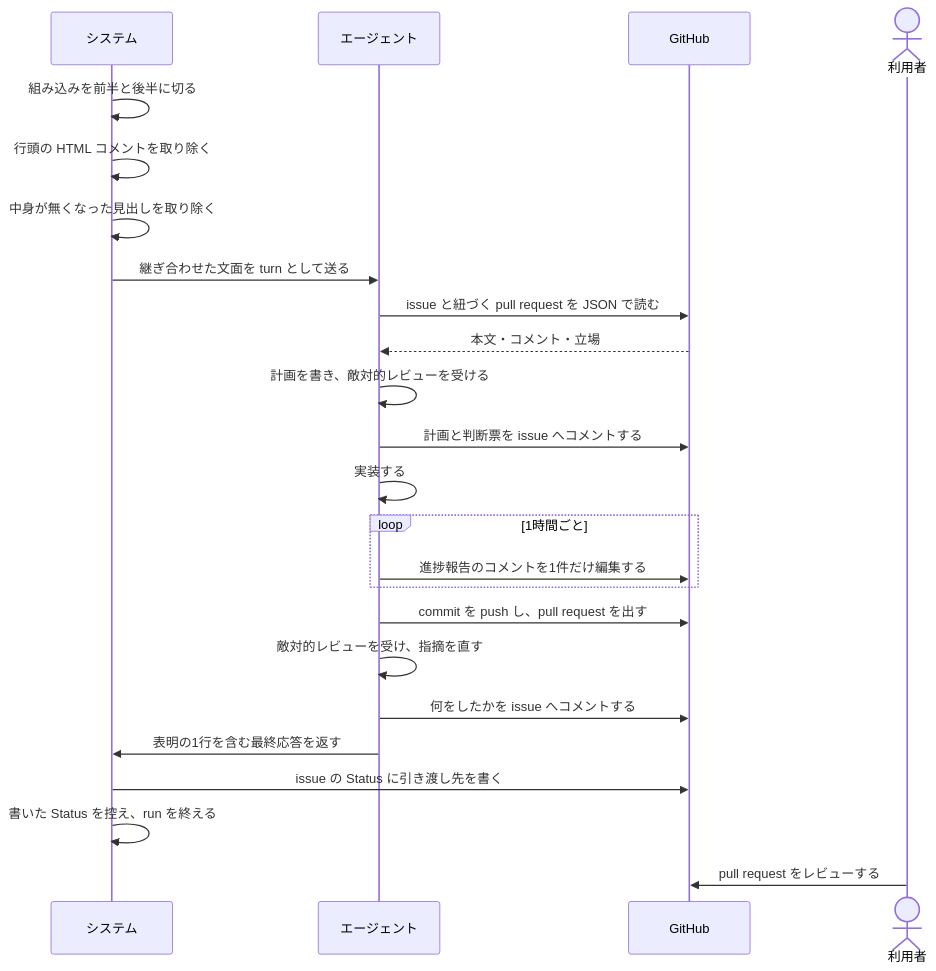
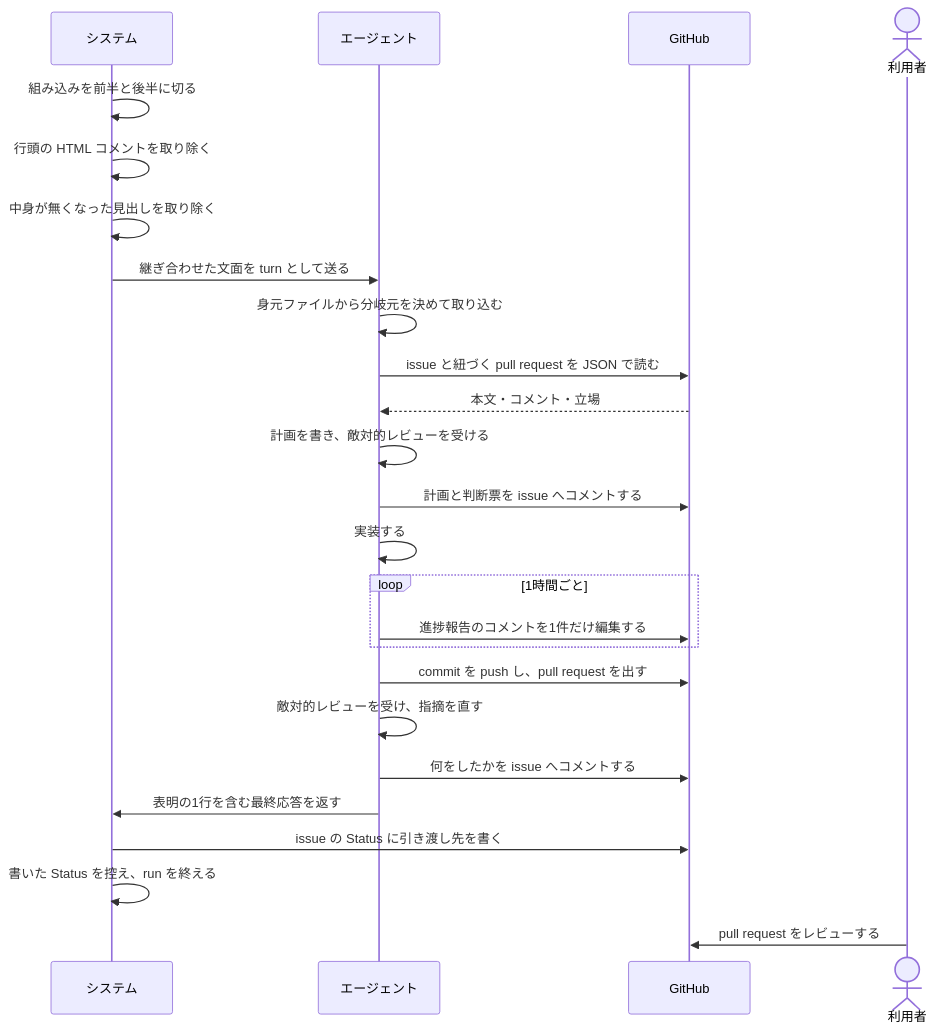
The first of 2 diagrams in docs/spec/usecases/particular_case/指示書に沿って issue を1件仕上げる.rucm.md (maimuzo/continuo), drawn with Mermaid before and after one commit. The commit also changed other lines of this file and 16 other files, not shown here.

````diff
--- a/docs/spec/usecases/particular_case/指示書に沿って issue を1件仕上げる.rucm.md
+++ b/docs/spec/usecases/particular_case/指示書に沿って issue を1件仕上げる.rucm.md
@@ -126,27 +136,28 @@
 ```mermaid
 sequenceDiagram
     participant S as システム
     participant CC as エージェント
     participant GH as GitHub
     actor U as 利用者
 
     S->>S: 組み込みを前半と後半に切る
     S->>S: 行頭の HTML コメントを取り除く
     S->>S: 中身が無くなった見出しを取り除く
     S->>CC: 継ぎ合わせた文面を turn として送る
+    CC->>CC: 身元ファイルから分岐元を決めて取り込む
     CC->>GH: issue と紐づく pull request を JSON で読む
     GH-->>CC: 本文・コメント・立場
     CC->>CC: 計画を書き、敵対的レビューを受ける
     CC->>GH: 計画と判断票を issue へコメントする
     CC->>CC: 実装する
     loop 1時間ごと
         CC->>GH: 進捗報告のコメントを1件だけ編集する
     end
     CC->>GH: commit を push し、pull request を出す
     CC->>CC: 敵対的レビューを受け、指摘を直す
     CC->>GH: 何をしたかを issue へコメントする
     CC->>S: 表明の1行を含む最終応答を返す
     S->>GH: issue の Status に引き渡し先を書く
     S->>S: 書いた Status を控え、run を終える
     U->>GH: pull request をレビューする
 ```
````
